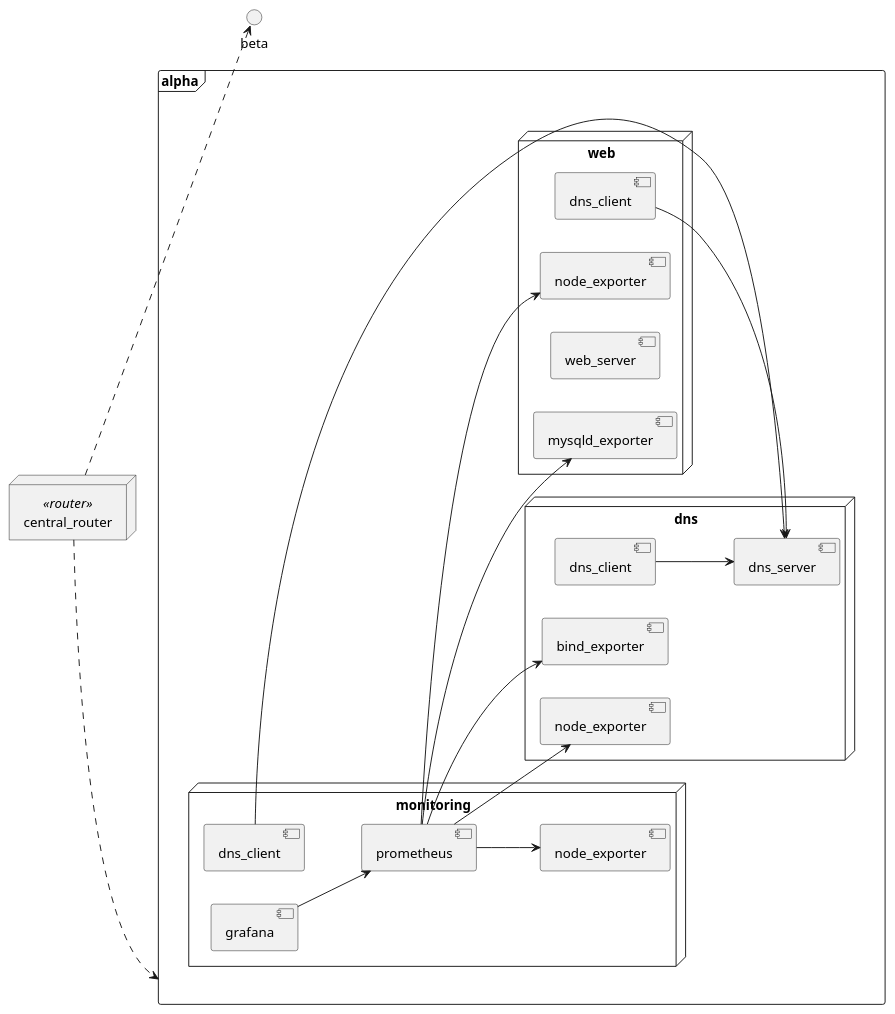
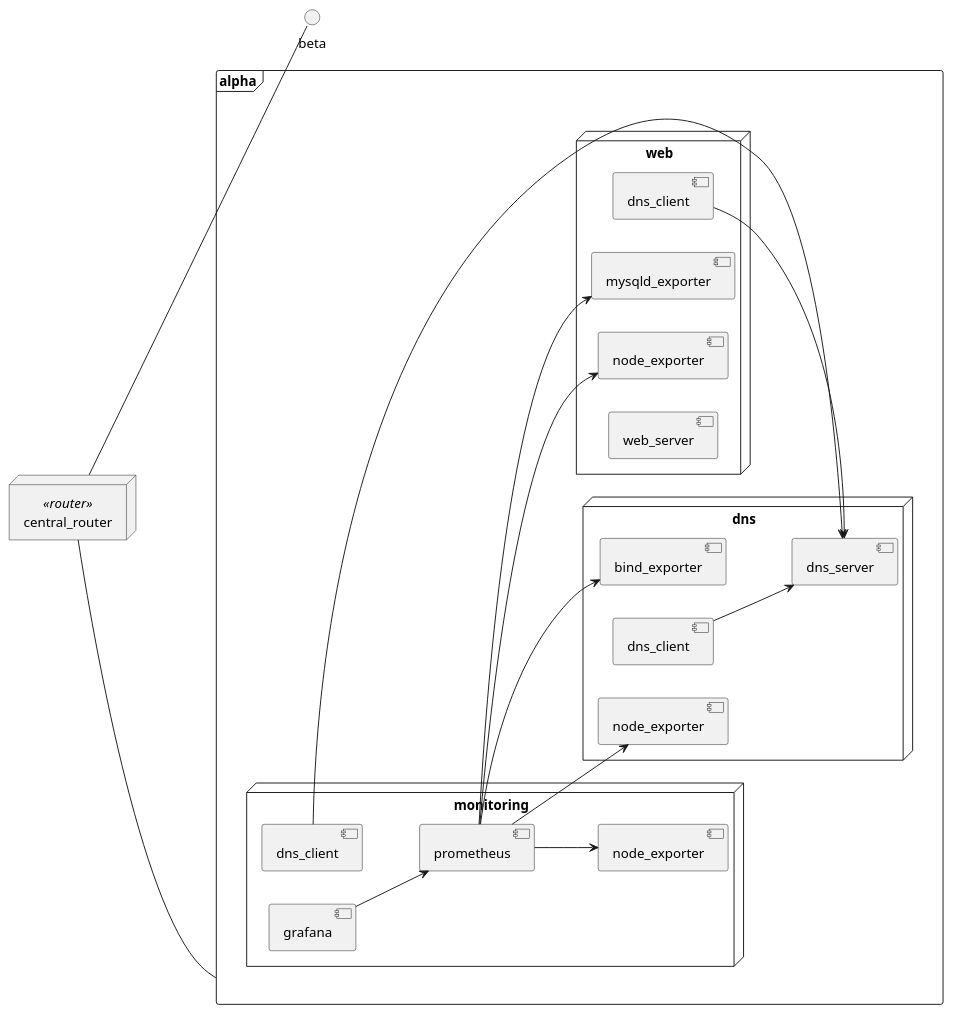
The diagram in converter/input/test_env/uml_test_env.puml (lucasluduenasegre/plantuml2ansible), drawn with PlantUML before and after one commit. The commit also changed 3 other files, not shown here.

Commit message:
2026-04-22 - Refactor diagram conversion functions to include puml_path for better error handling and update example diagrams to remove unnecessary attributes

```diff
--- a/converter/input/test_env/uml_test_env.puml
+++ b/converter/input/test_env/uml_test_env.puml
@@ -1,63 +1,77 @@
 @startuml test_env
 ' Specify diagram name above, otherwise falls back on filename for output directory
 ' Note: this name must match with that of the network diagram
 
 ' Fix roles being reused over different nodes
 ' This line makes sure that objects with the same name (nota)
 set separator .
 ' Purely visual, shouldn't have an effect on the parser
 left to right direction
 
+' Network definition
+'
 ' Note: whatever comes after "as" is what's rendered by PlantUML
-
+'
 ' Format: frame <network_identifier>
 frame alpha {
+    ' Host definition
+    '
     ' Format: node <host_identifier> as <description> 
     node dns as "dns" {
+        
+        ' Role definition
+        '
         ' Format: component <role_identifier> as <role_name>
+        component bind_exporter
         component dns_client
-        component bind_exporter
+        component dns_server
         component node_exporter
-        component dns_server
     }
 
     node monitoring as "monitoring" {
         component dns_client
+        component grafana
         component node_exporter
         component prometheus
-        component grafana
     }
 
     node web as "web" {
         component dns_client
+        component mysqld_exporter
         component node_exporter
         component web_server
-        component mysqld_exporter
     }
 }
 
-node central_router <<router>> {
-    
-}
+' Router definition
+'
+' Note: In the resulting diagram, the router sits topologically outside all frames/networks,
+'       which in practice is not accurate. This is a limitation by PlantUML, as an object
+'       can't be nested under multiple other objects. In reality, the router will in fact
+'       belong to multiple networks.
+'
+' Format: node <router_identifier> <<router>>
+node central_router <<router>>
 
 ' Role-to-role connections
+'
+' Format: <network_identifier>.<host_identifier>.<role_identifier> --> <network_identifier>.<host_identifier>.<role_identifier>
+alpha.dns.dns_client --> alpha.dns.dns_server
 
-' Format: <role_identifier> --> <role_identifier>
-alpha.dns.dns_client --> alpha.dns.dns_server
 alpha.monitoring.dns_client --> alpha.dns.dns_server
+alpha.monitoring.grafana --> alpha.monitoring.prometheus
+alpha.monitoring.prometheus --> alpha.dns.node_exporter
+alpha.monitoring.prometheus --> alpha.dns.bind_exporter
+alpha.monitoring.prometheus --> alpha.monitoring.node_exporter
+alpha.monitoring.prometheus --> alpha.web.node_exporter
+alpha.monitoring.prometheus --> alpha.web.mysqld_exporter
+
 alpha.web.dns_client --> alpha.dns.dns_server
 
-alpha.monitoring.prometheus --> alpha.dns.bind_exporter
-alpha.monitoring.prometheus --> alpha.dns.node_exporter
-alpha.monitoring.prometheus --> alpha.monitoring.node_exporter
-alpha.monitoring.prometheus --> alpha.web.mysqld_exporter
-alpha.monitoring.prometheus --> alpha.web.node_exporter 
-alpha.monitoring.grafana --> alpha.monitoring.prometheus
-
-' Role-to-host or role-to-network connections
-
-' Format: <role_identifier> ..> <host_identifier|network_identifier>
-central_router ..> alpha
-central_router ..> beta
+' Router-to-network connections
+'
+' Format: <router_identifier> --- <host_identifier|network_identifier>
+central_router --- alpha
+central_router --- beta
 
 @enduml
```
